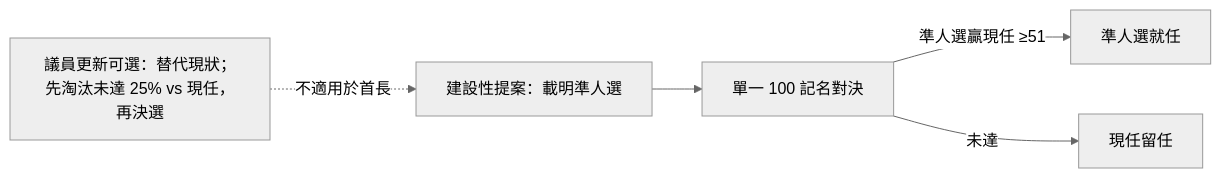
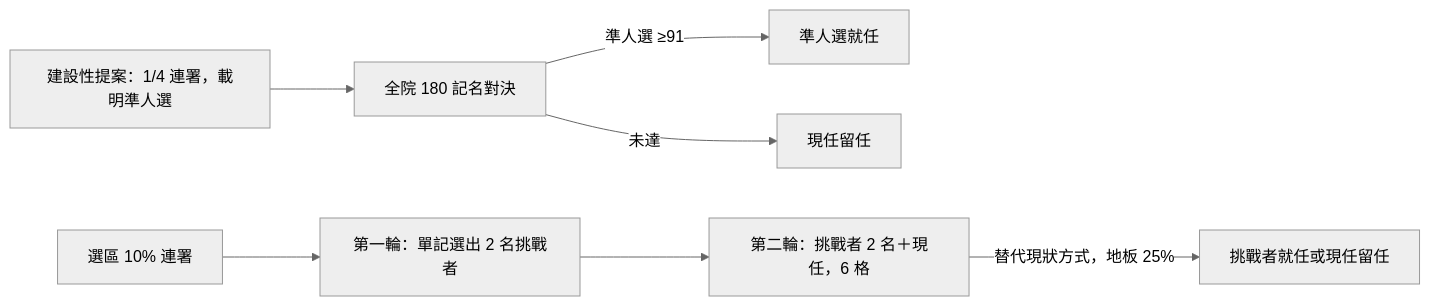
One commit to IRonROOT578/Political-Economy-Research-Public changed the tenth of 12 diagrams in topics/regime-designs/designs/台灣/一院議會制/憲政架構圖.md. Above: the diagram before and after it, drawn with Mermaid (neutral theme). The commit also changed other lines of this file and 241 other files, not shown here.

````diff
--- a/topics/regime-designs/designs/台灣/一院議會制/憲政架構圖.md
+++ b/topics/regime-designs/designs/台灣/一院議會制/憲政架構圖.md
@@ -141,8 +143,9 @@
 ```mermaid
 flowchart LR
-  Prop[建設性提案：載明準人選] --> Vote[單一 100 記名對決]
-  Vote -->|準人選贏現任 ≥51| Swap[準人選就任]
+  Prop[建設性提案：1/4 連署，載明準人選] --> Vote[全院 180 記名對決]
+  Vote -->|準人選 ≥91| Swap[準人選就任]
   Vote -->|未達| Stay[現任留任]
-  Opt[議員更新可選：替代現狀；先淘汰未達 25% vs 現任，再決選]
-  Opt -.->|不適用於首長| Prop
+  Pet[選區 10% 連署] --> R1[第一輪：單記選出 2 名挑戰者]
+  R1 --> R2[第二輪：挑戰者 2 名＋現任，6 格]
+  R2 -->|替代現狀方式，地板 25%| Out[挑戰者就任或現任留任]
 ```
````
